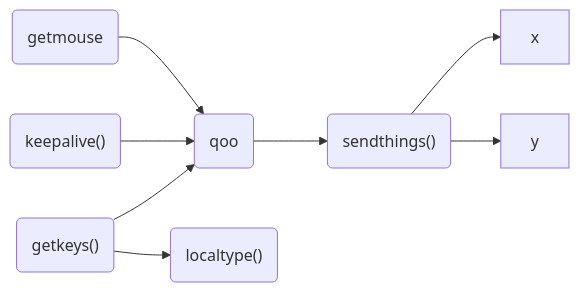
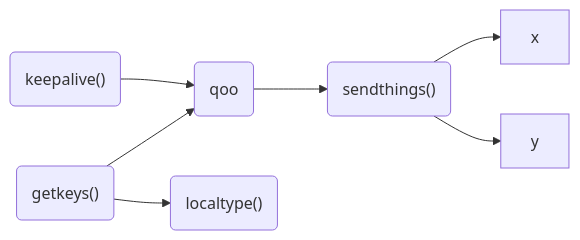
Before and after one commit to pxp888/keeb: the first of 2 diagrams in README.md, drawn with Mermaid. The commit also changed 2 other files, not shown here.

Commit message:
remove mouse process

````diff
--- a/README.md
+++ b/README.md
@@ -18,17 +18,15 @@
 ```mermaid
 graph LR
 
 gk("getkeys()")
 ka("keepalive()")
 qoo(qoo)
 st("sendthings()")
 lt("localtype()")
 
-gm("getmouse")
 
 gk & ka --> qoo --> st
 gk --> lt
 st --> x & y
-gm --> qoo
 
 ```
````
